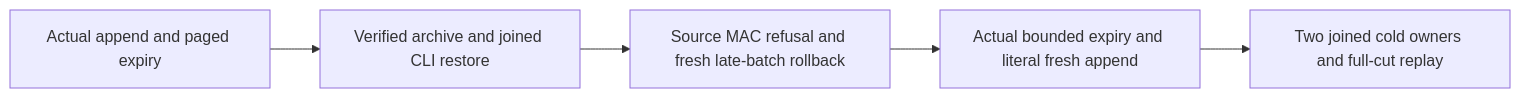
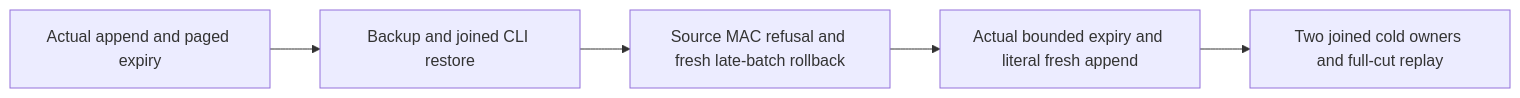
Before and after one commit to managedcode/KeyLoad: the fifth of 5 diagrams in docs/Features/BackupRestore.md, drawn with Mermaid. The commit also changed other lines of this file and 1072 other files, not shown here.

````diff
--- a/docs/Features/BackupRestore.md
+++ b/docs/Features/BackupRestore.md
@@ -360,7 +220,7 @@
 ```mermaid
 flowchart LR
-  Seed[Actual append and paged expiry] --> Backup[Verified archive and joined CLI restore]
+  Seed[Actual append and paged expiry] --> Backup[Backup and joined CLI restore]
   Backup --> Refuse[Source MAC refusal and fresh late-batch rollback]
   Refuse --> Healthy[Actual bounded expiry and literal fresh append]
   Healthy --> Cold[Two joined cold owners and full-cut replay]
 ```
````
